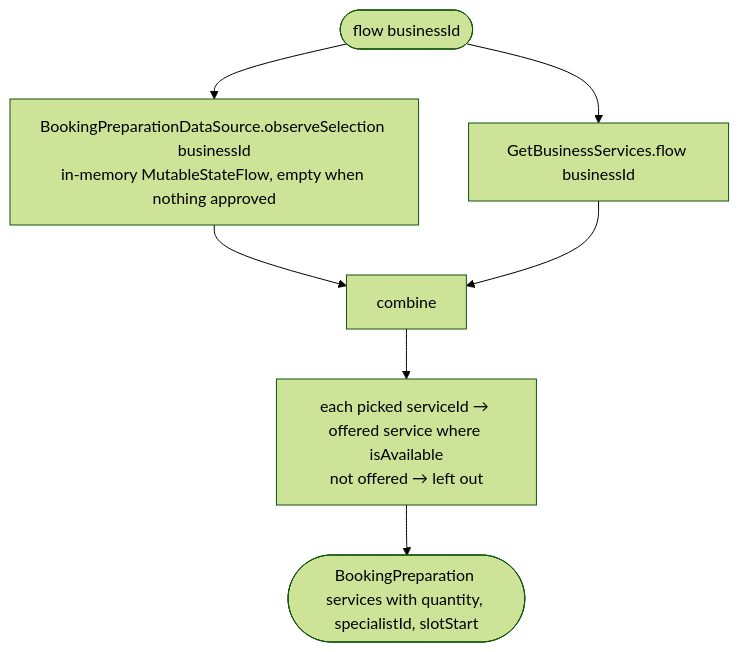
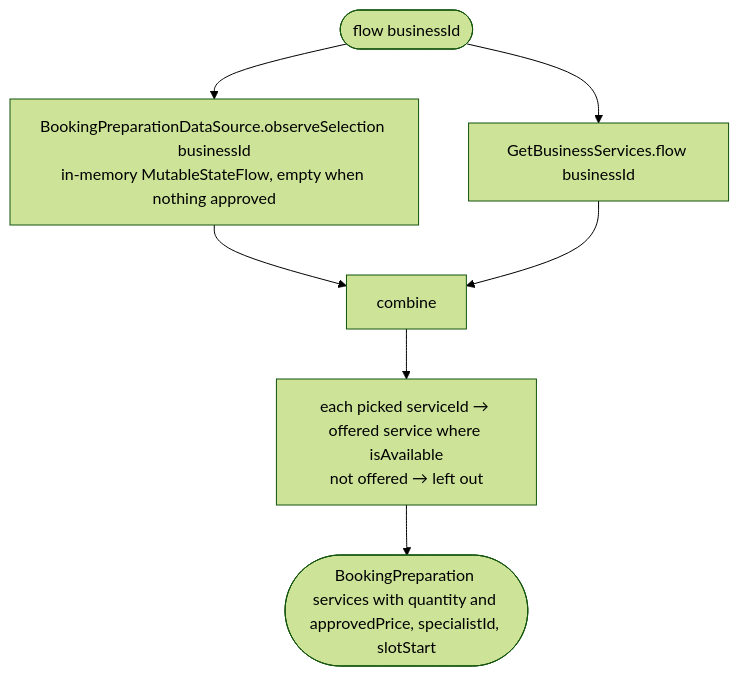
Before and after one commit to nocturneproperties/bookkme-client: the diagram in docs/operations/booking/get-booking-preparation.md, drawn with Mermaid (forest theme). The commit also changed other lines of this file and 88 other files, not shown here.

````diff
--- a/docs/operations/booking/get-booking-preparation.md
+++ b/docs/operations/booking/get-booking-preparation.md
@@ -20,9 +22,9 @@
 ```mermaid
 flowchart TD
     F([flow businessId]) --> Sel[BookingPreparationDataSource.observeSelection businessId<br/>in-memory MutableStateFlow, empty when nothing approved]
     F --> Svc[GetBusinessServices.flow businessId]
     Sel --> C[combine]
     Svc --> C
     C --> Match[each picked serviceId → offered service where isAvailable<br/>not offered → left out]
-    Match --> Out([BookingPreparation services with quantity, specialistId, slotStart])
+    Match --> Out([BookingPreparation services with quantity and approvedPrice, specialistId, slotStart])
 ```
````
